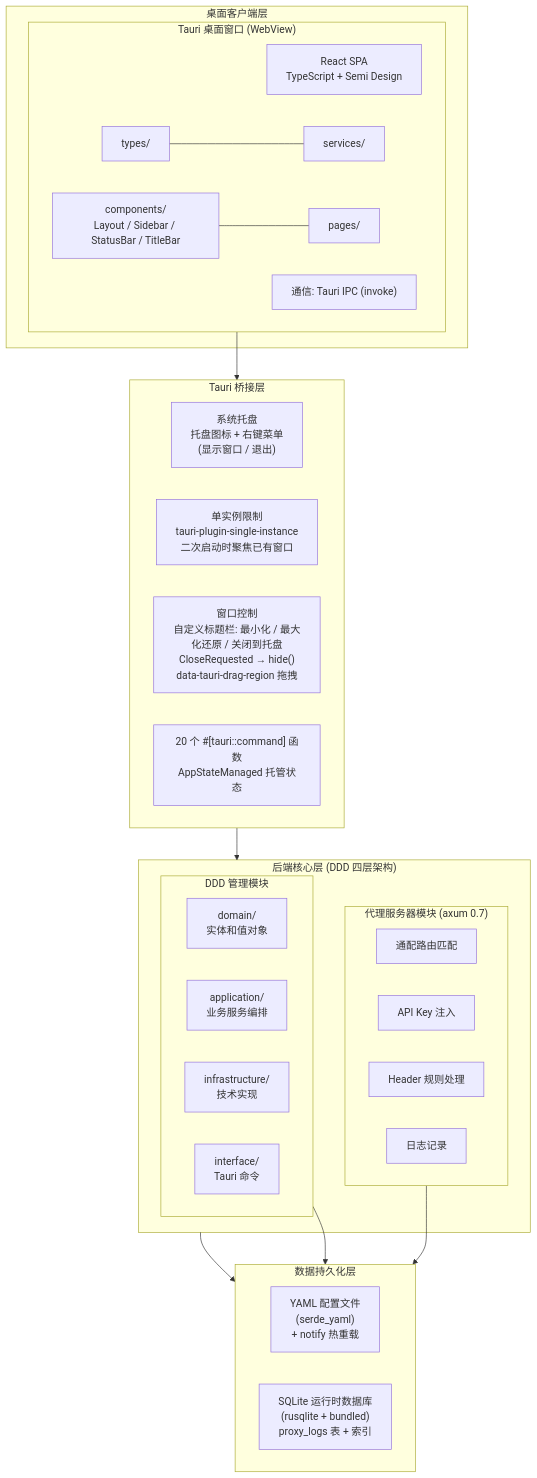
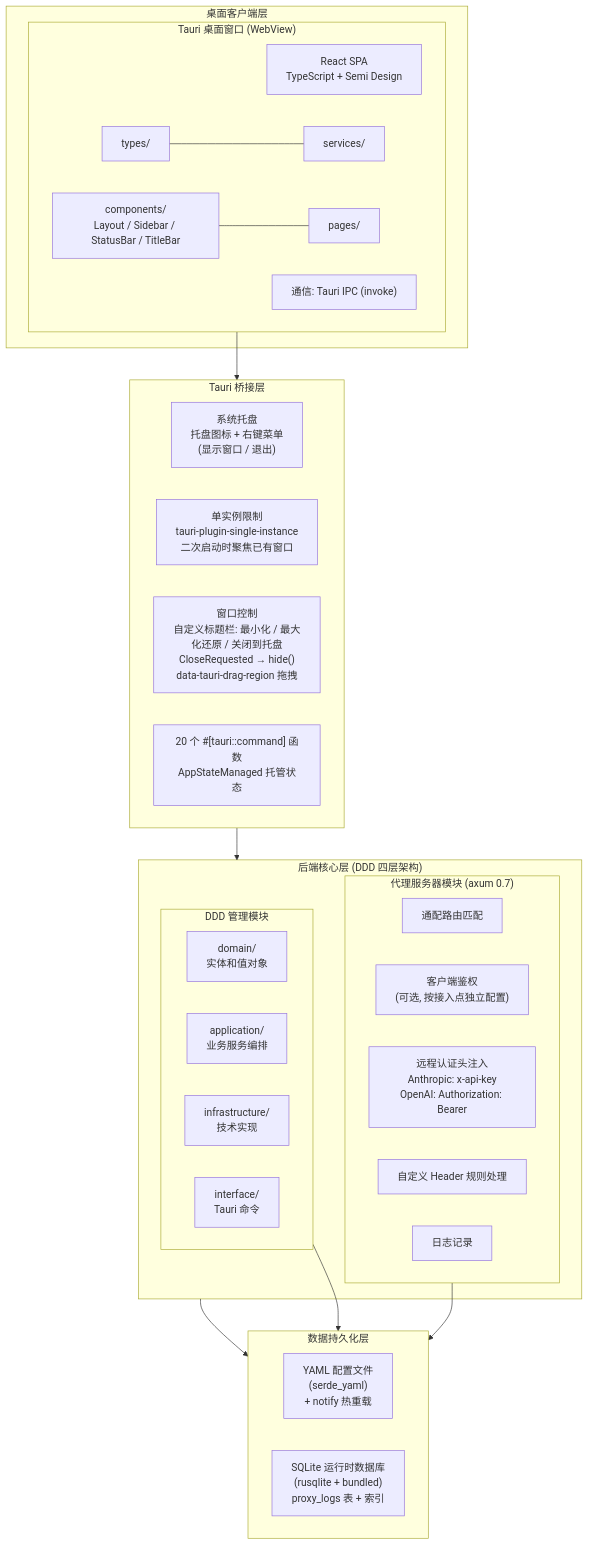
Before and after one commit to feng-yifan/token-proxy: the first of 7 diagrams in ARCHITECTURE.md, drawn with Mermaid. The commit also changed other lines of this file and 9 other files, not shown here.

````diff
--- a/ARCHITECTURE.md
+++ b/ARCHITECTURE.md
@@ -11,44 +11,45 @@
 ```mermaid
 graph TB
     subgraph CLIENT["桌面客户端层"]
         subgraph WEBVIEW["Tauri 桌面窗口 (WebView)"]
             REACT["React SPA<br/>TypeScript + Semi Design"]
             TYPES["types/"] --- SRV["services/"]
             COMP["components/<br/>Layout / Sidebar / StatusBar / TitleBar"] --- PAGES["pages/"]
             IPC_PROTO["通信: Tauri IPC (invoke)"]
         end
     end
 
     subgraph BRIDGE["Tauri 桥接层"]
         SYSTRAY["系统托盘<br/>托盘图标 + 右键菜单<br/>(显示窗口 / 退出)"]
         SINGLE_INSTANCE["单实例限制<br/>tauri-plugin-single-instance<br/>二次启动时聚焦已有窗口"]
         WINDOW_CTRL["窗口控制<br/>自定义标题栏: 最小化 / 最大化还原 / 关闭到托盘<br/>CloseRequested → hide()<br/>data-tauri-drag-region 拖拽"]
         COMMANDS["20 个 #[tauri::command] 函数<br/>AppStateManaged 托管状态"]
     end
 
     subgraph BACKEND["后端核心层 (DDD 四层架构)"]
         subgraph PROXY_MOD["代理服务器模块 (axum 0.7)"]
             ROUTE["通配路由匹配"]
-            AUTH["API Key 注入"]
-            HEADER["Header 规则处理"]
+            CLIENT_AUTH["客户端鉴权<br/>(可选, 按接入点独立配置)"]
+            REMOTE_AUTH["远程认证头注入<br/>Anthropic: x-api-key<br/>OpenAI: Authorization: Bearer"]
+            HEADER["自定义 Header 规则处理"]
             LOG["日志记录"]
         end
         subgraph DDD["DDD 管理模块"]
             DOMAIN["domain/<br/>实体和值对象"]
             APP["application/<br/>业务服务编排"]
             INFRA["infrastructure/<br/>技术实现"]
             IFACE["interface/<br/>Tauri 命令"]
         end
     end
 
     subgraph DATA["数据持久化层"]
         YAML["YAML 配置文件<br/>(serde_yaml)<br/>+ notify 热重载"]
         SQLITE["SQLite 运行时数据库<br/>(rusqlite + bundled)<br/>proxy_logs 表 + 索引"]
     end
 
     WEBVIEW --> BRIDGE
     BRIDGE --> BACKEND
     BACKEND --> DATA
     DDD --> DATA
     PROXY_MOD --> DATA
 ```
````
